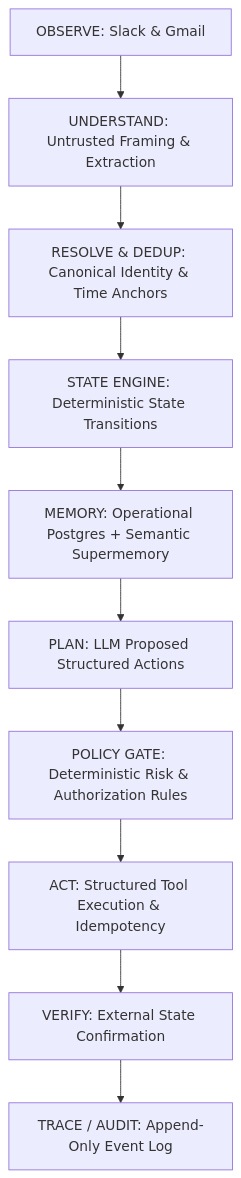
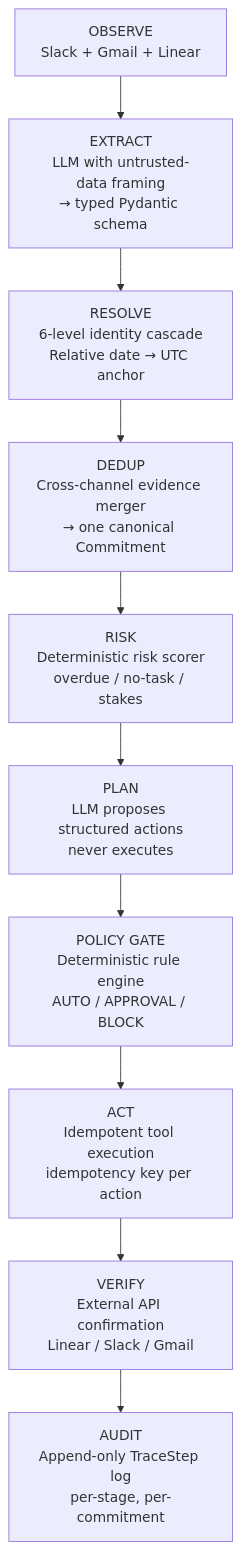
One commit to tonystalker/CommitmentOS changed the diagram in docs/architecture.md. Above: the diagram before and after it, drawn with Mermaid. The commit also changed other lines of this file and 3 other files, not shown here.

Commit message:
docs: expand architecture, reliability, demo docs + add README links

````diff
--- a/docs/architecture.md
+++ b/docs/architecture.md
@@ -11,12 +15,12 @@
 ```mermaid
 graph TD
-    A[OBSERVE: Slack & Gmail] --> B[UNDERSTAND: Untrusted Framing & Extraction]
-    B --> C[RESOLVE & DEDUP: Canonical Identity & Time Anchors]
-    C --> D[STATE ENGINE: Deterministic State Transitions]
-    D --> E[MEMORY: Operational Postgres + Semantic Supermemory]
-    E --> F[PLAN: LLM Proposed Structured Actions]
-    F --> G[POLICY GATE: Deterministic Risk & Authorization Rules]
-    G --> H[ACT: Structured Tool Execution & Idempotency]
-    H --> I[VERIFY: External State Confirmation]
-    I --> J[TRACE / AUDIT: Append-Only Event Log]
+    A["OBSERVE<br/>Slack + Gmail + Linear"] --> B["EXTRACT<br/>LLM with untrusted-data framing<br/>→ typed Pydantic schema"]
+    B --> C["RESOLVE<br/>6-level identity cascade<br/>Relative date → UTC anchor"]
+    C --> D["DEDUP<br/>Cross-channel evidence merger<br/>→ one canonical Commitment"]
+    D --> E["RISK<br/>Deterministic risk scorer<br/>overdue / no-task / stakes"]
+    E --> F["PLAN<br/>LLM proposes structured actions<br/>never executes"]
+    F --> G["POLICY GATE<br/>Deterministic rule engine<br/>AUTO / APPROVAL / BLOCK"]
+    G --> H["ACT<br/>Idempotent tool execution<br/>idempotency key per action"]
+    H --> I["VERIFY<br/>External API confirmation<br/>Linear / Slack / Gmail"]
+    I --> J["AUDIT<br/>Append-only TraceStep log<br/>per-stage, per-commitment"]
 ```
````
